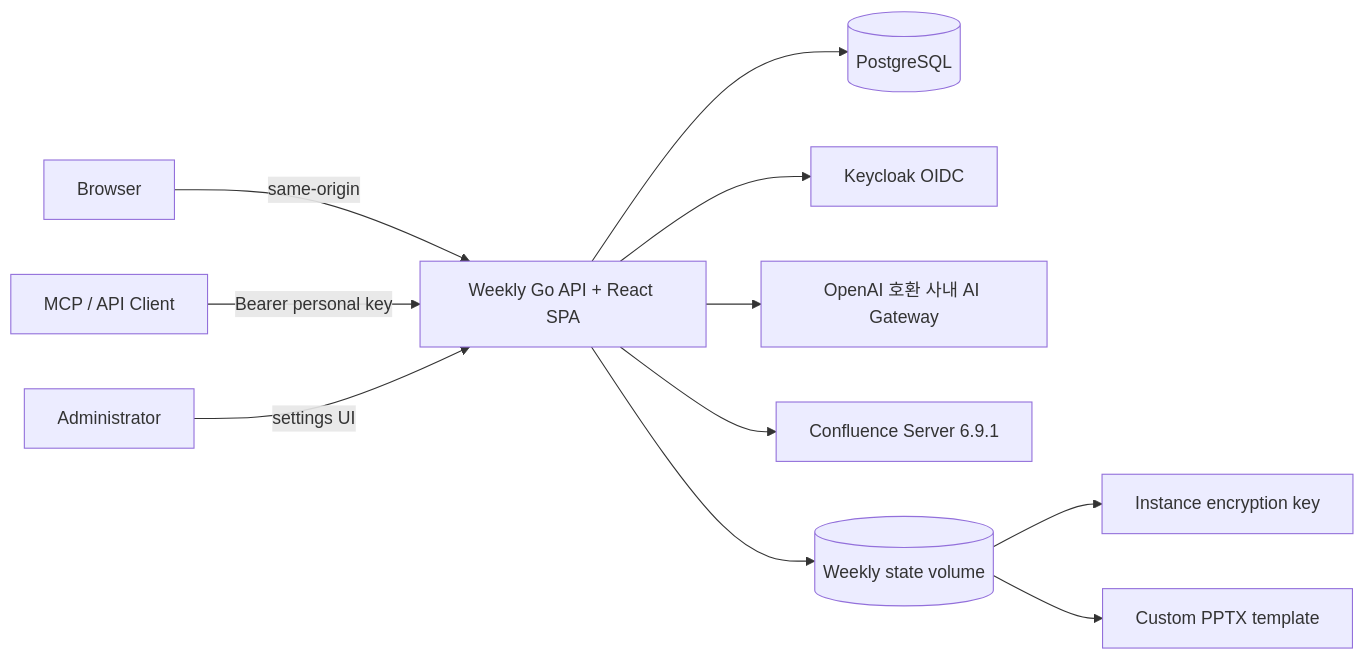
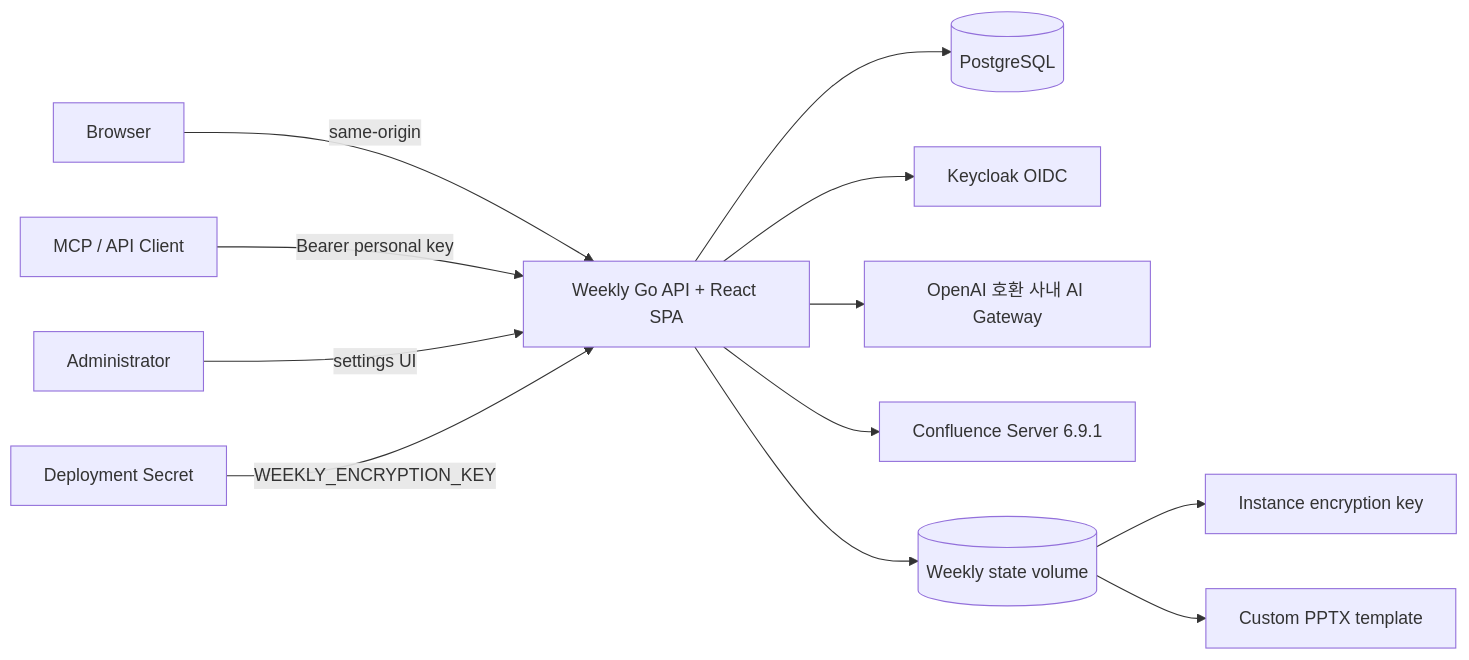
Before and after one commit to hkjang/weekly: the second of 5 diagrams in docs/DESIGN.md, drawn with Mermaid. The commit also changed other lines of this file and 37 other files, not shown here.

````diff
--- a/docs/DESIGN.md
+++ b/docs/DESIGN.md
@@ -44,13 +44,14 @@
 ```mermaid
 flowchart LR
   B[Browser] -->|same-origin| W[Weekly Go API + React SPA]
   W --> P[(PostgreSQL)]
   W --> K[Keycloak OIDC]
   W --> AI[OpenAI 호환 사내 AI Gateway]
   W --> CF[Confluence Server 6.9.1]
   C[MCP / API Client] -->|Bearer personal key| W
   A[Administrator] -->|settings UI| W
+  E[Deployment Secret] -->|WEEKLY_ENCRYPTION_KEY| W
   W --> V[(Weekly state volume)]
   V --> S[Instance encryption key]
   V --> T[Custom PPTX template]
 ```
````
